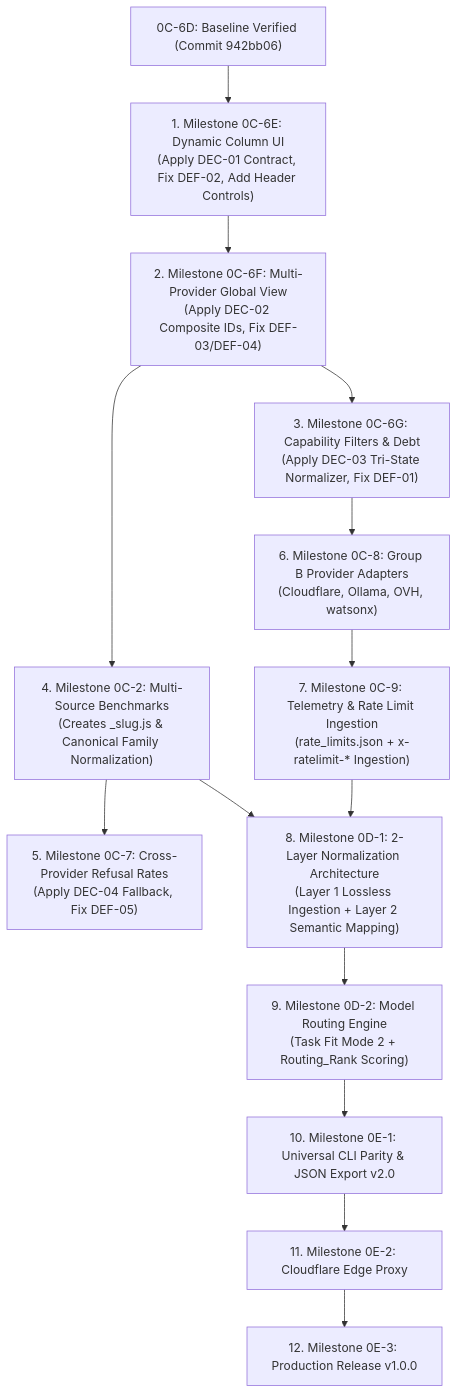
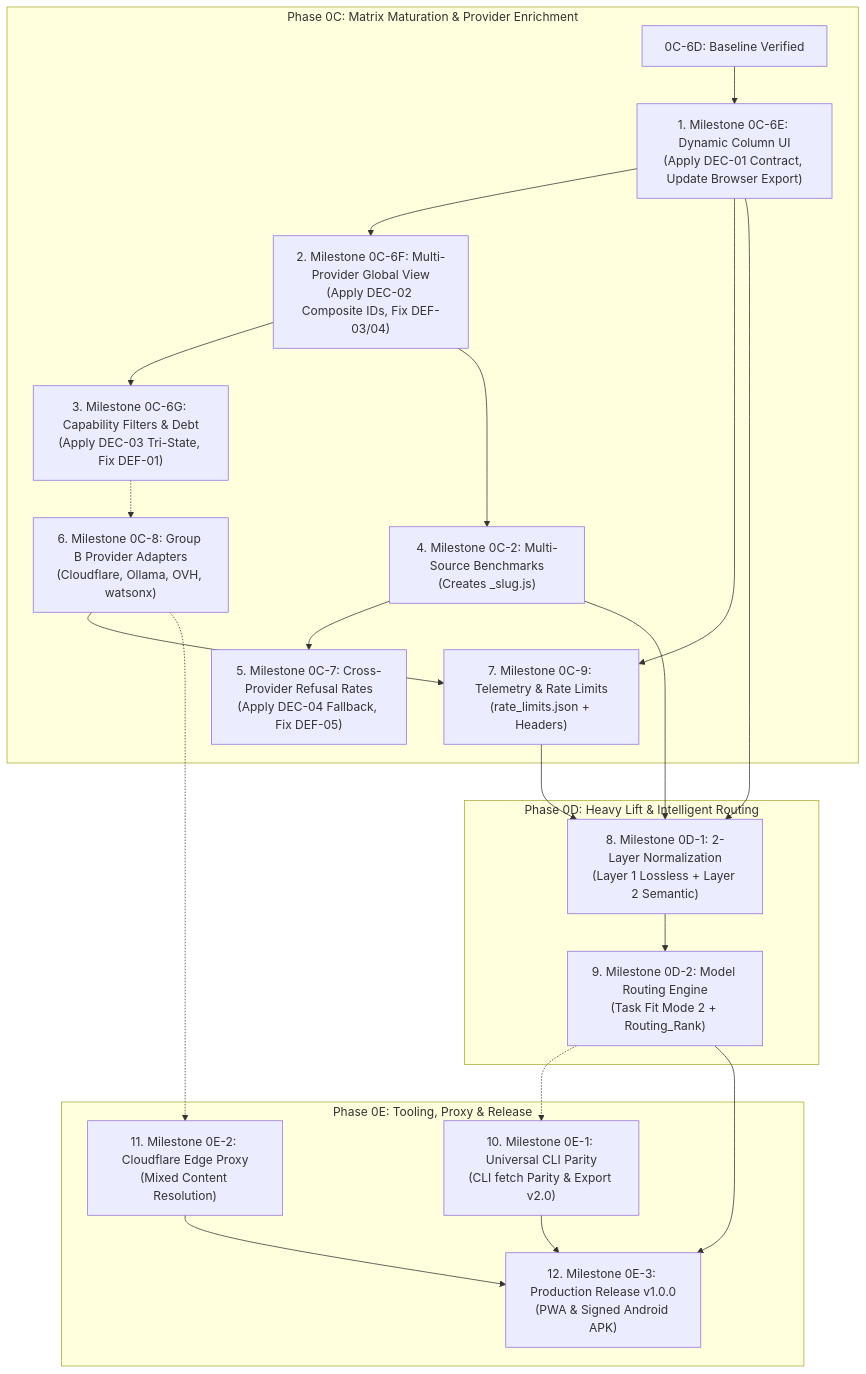
The second of 2 diagrams in PREPARATION_REPORT_GLOBAL_MATRIX_ROUTING.md (anonymous5-coder/sync), drawn with Mermaid before and after one commit. The commit also changed other lines of this file, not shown here.

Commit message:
docs: revalidate and correct global matrix preparation report

````diff
--- a/PREPARATION_REPORT_GLOBAL_MATRIX_ROUTING.md
+++ b/PREPARATION_REPORT_GLOBAL_MATRIX_ROUTING.md
@@ -407,29 +461,40 @@
 ```mermaid
 flowchart TD
-    M0C6D["0C-6D: Baseline Verified (Commit 942bb06)"]
-    M0C6E["1. Milestone 0C-6E: Dynamic Column UI<br/>(Apply DEC-01 Contract, Fix DEF-02, Add Header Controls)"]
-    M0C6F["2. Milestone 0C-6F: Multi-Provider Global View<br/>(Apply DEC-02 Composite IDs, Fix DEF-03/DEF-04)"]
-    M0C6G["3. Milestone 0C-6G: Capability Filters & Debt<br/>(Apply DEC-03 Tri-State Normalizer, Fix DEF-01)"]
-    M0C2["4. Milestone 0C-2: Multi-Source Benchmarks<br/>(Creates _slug.js & Canonical Family Normalization)"]
-    M0C7["5. Milestone 0C-7: Cross-Provider Refusal Rates<br/>(Apply DEC-04 Fallback, Fix DEF-05)"]
-    M0C8["6. Milestone 0C-8: Group B Provider Adapters<br/>(Cloudflare, Ollama, OVH, watsonx)"]
-    M0C9["7. Milestone 0C-9: Telemetry & Rate Limit Ingestion<br/>(rate_limits.json + x-ratelimit-* Ingestion)"]
-    M0D1["8. Milestone 0D-1: 2-Layer Normalization Architecture<br/>(Layer 1 Lossless Ingestion + Layer 2 Semantic Mapping)"]
-    M0D2["9. Milestone 0D-2: Model Routing Engine<br/>(Task Fit Mode 2 + Routing_Rank Scoring)"]
-    M0E1["10. Milestone 0E-1: Universal CLI Parity & JSON Export v2.0"]
-    M0E2["11. Milestone 0E-2: Cloudflare Edge Proxy"]
-    M0E3["12. Milestone 0E-3: Production Release v1.0.0"]
+    subgraph Phase0C["Phase 0C: Matrix Maturation & Provider Enrichment"]
+        M0C6D["0C-6D: Baseline Verified"]
+        M0C6E["1. Milestone 0C-6E: Dynamic Column UI<br/>(Apply DEC-01 Contract, Update Browser Export)"]
+        M0C6F["2. Milestone 0C-6F: Multi-Provider Global View<br/>(Apply DEC-02 Composite IDs, Fix DEF-03/04)"]
+        M0C6G["3. Milestone 0C-6G: Capability Filters & Debt<br/>(Apply DEC-03 Tri-State, Fix DEF-01)"]
+        M0C2["4. Milestone 0C-2: Multi-Source Benchmarks<br/>(Creates _slug.js)"]
+        M0C7["5. Milestone 0C-7: Cross-Provider Refusal Rates<br/>(Apply DEC-04 Fallback, Fix DEF-05)"]
+        M0C8["6. Milestone 0C-8: Group B Provider Adapters<br/>(Cloudflare, Ollama, OVH, watsonx)"]
+        M0C9["7. Milestone 0C-9: Telemetry & Rate Limits<br/>(rate_limits.json + Headers)"]
+    end
+
+    subgraph Phase0D["Phase 0D: Heavy Lift & Intelligent Routing"]
+        M0D1["8. Milestone 0D-1: 2-Layer Normalization<br/>(Layer 1 Lossless + Layer 2 Semantic)"]
+        M0D2["9. Milestone 0D-2: Model Routing Engine<br/>(Task Fit Mode 2 + Routing_Rank)"]
+    end
+
+    subgraph Phase0E["Phase 0E: Tooling, Proxy & Release"]
+        M0E1["10. Milestone 0E-1: Universal CLI Parity<br/>(CLI fetch Parity & Export v2.0)"]
+        M0E2["11. Milestone 0E-2: Cloudflare Edge Proxy<br/>(Mixed Content Resolution)"]
+        M0E3["12. Milestone 0E-3: Production Release v1.0.0<br/>(PWA & Signed Android APK)"]
+    end
 
     M0C6D --> M0C6E
     M0C6E --> M0C6F
     M0C6F --> M0C6G
     M0C6F --> M0C2
     M0C2 --> M0C7
-    M0C6G --> M0C8
+    M0C6G -.-> M0C8
     M0C8 --> M0C9
-    M0C2 & M0C9 --> M0D1
+    M0C6E --> M0C9
+    M0C2 --> M0D1
+    M0C9 --> M0D1
+    M0C6E --> M0D1
     M0D1 --> M0D2
-    M0D2 --> M0E1
-    M0E1 --> M0E2
-    M0E2 --> M0E3
+    M0D2 -.-> M0E1
+    M0C8 -.-> M0E2
+    M0E1 & M0E2 & M0D2 --> M0E3
 ```
````
